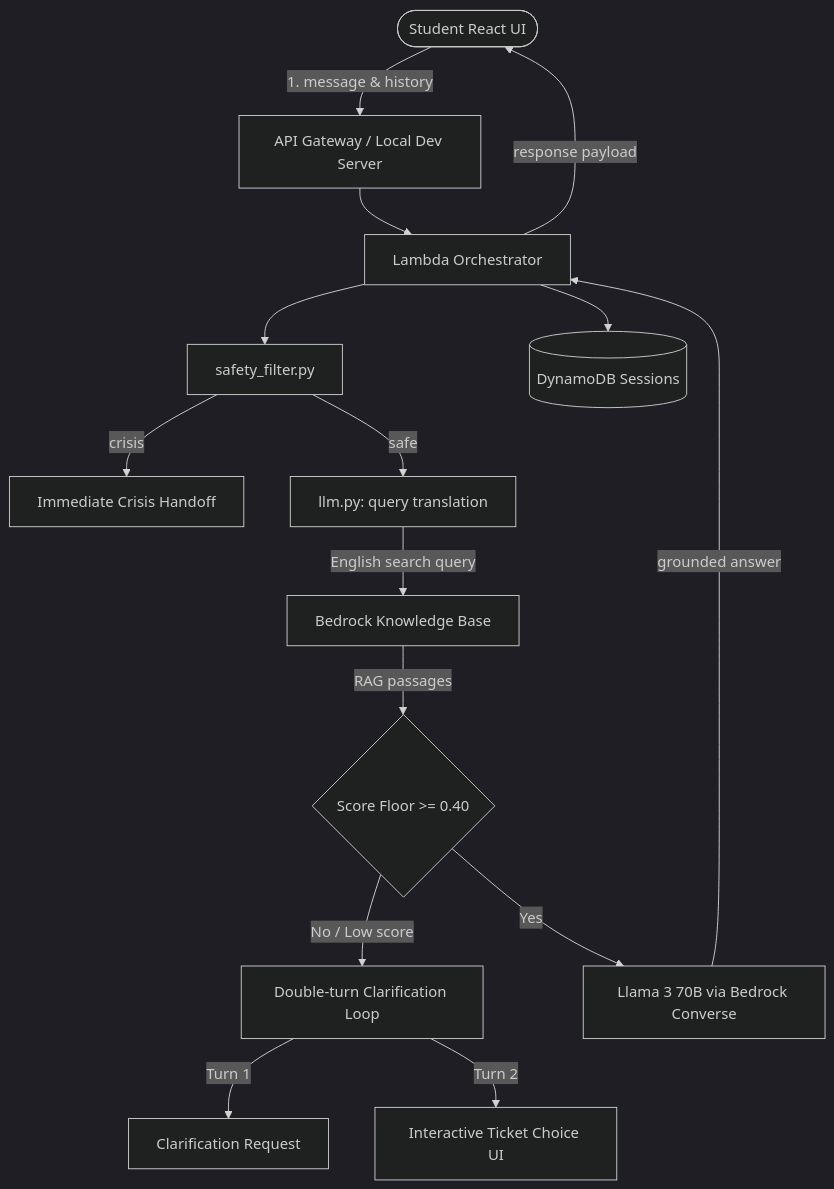
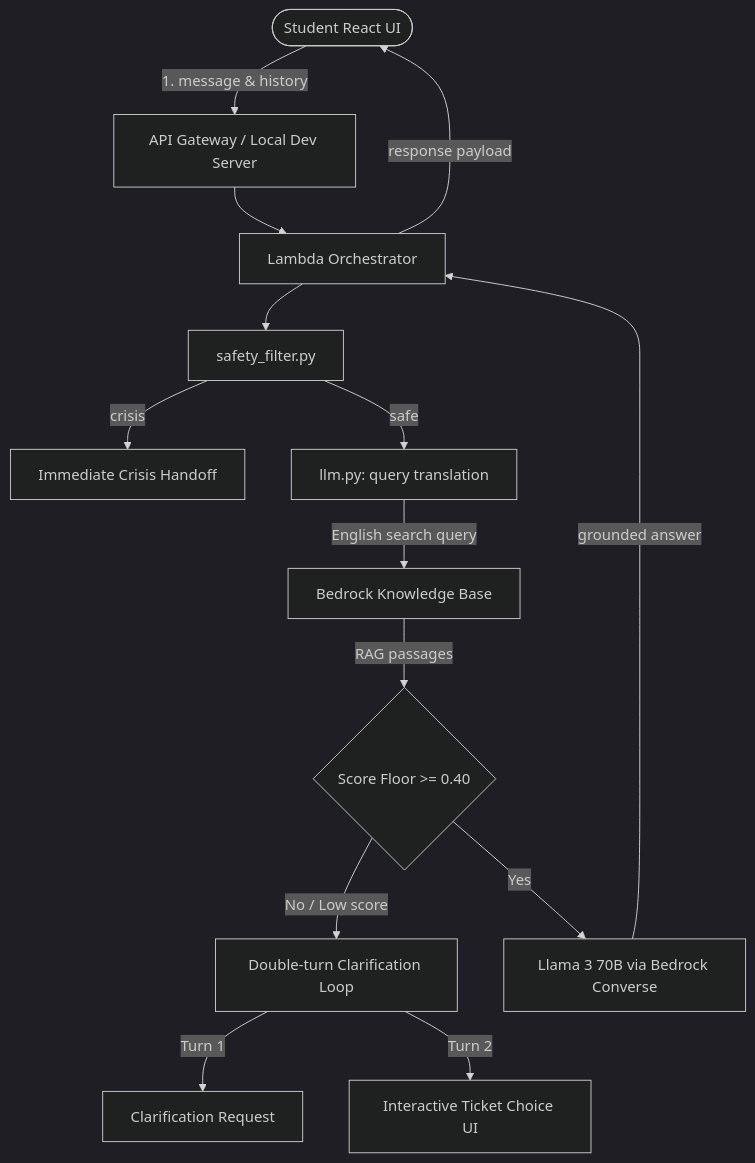
The diagram in README.md (asherdrake/CSUCI-StudentSuccessNavigator), drawn with Mermaid (dark theme) before and after one commit. The commit also changed other lines of this file, not shown here.

Commit message:
Remove DynamoDB references from root README since sessions are managed client-side

````diff
--- a/README.md
+++ b/README.md
@@ -11,17 +11,16 @@
 ```mermaid
 flowchart TD
     Student([Student React UI]) -->|1. message & history| APIGW[API Gateway / Local Dev Server]
     APIGW --> Lambda[Lambda Orchestrator]
     Lambda --> Safety[safety_filter.py]
     Safety -->|crisis| Helpline[Immediate Crisis Handoff]
     Safety -->|safe| Translate[llm.py: query translation]
     Translate -->|English search query| KB[Bedrock Knowledge Base]
     KB -->|RAG passages| Floor{Score Floor >= 0.40}
     Floor -->|No / Low score| Clarify[Double-turn Clarification Loop]
     Clarify -->|Turn 1| RephraseMsg[Clarification Request]
     Clarify -->|Turn 2| EscCard[Interactive Ticket Choice UI]
     Floor -->|Yes| Claude[Llama 3 70B via Bedrock Converse]
     Claude -->|grounded answer| Lambda
-    Lambda --> DDB[(DynamoDB Sessions)]
     Lambda -->|response payload| Student
 ```
````
